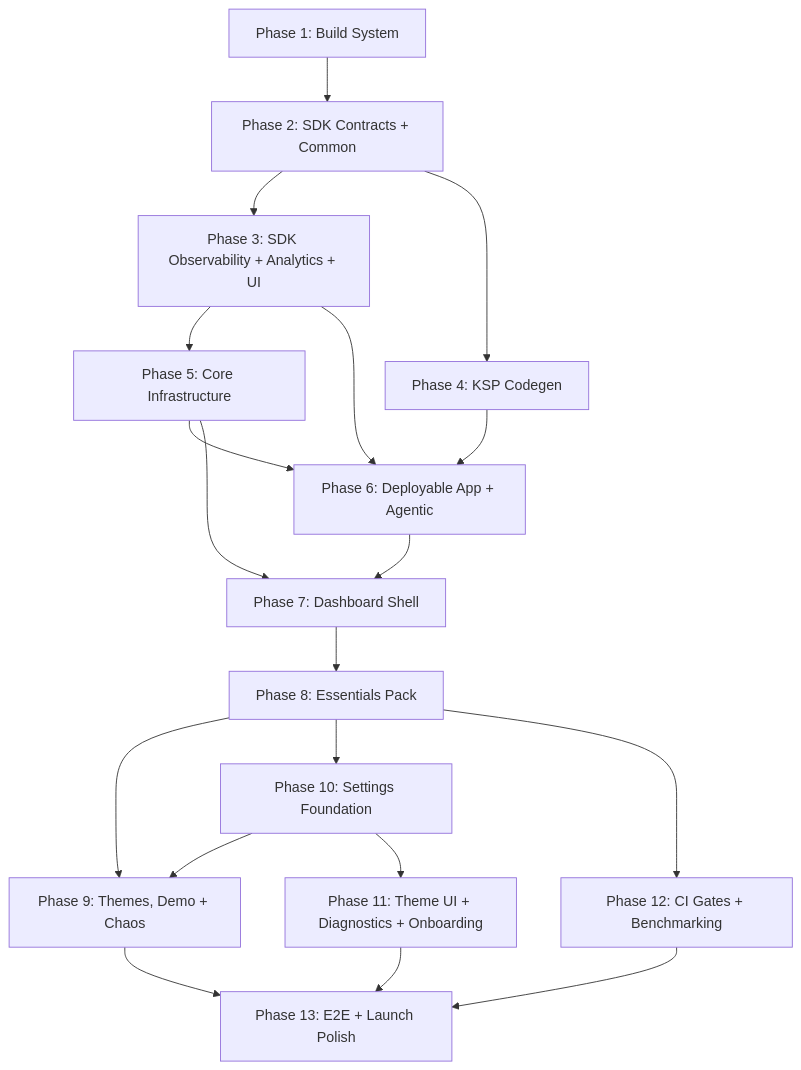
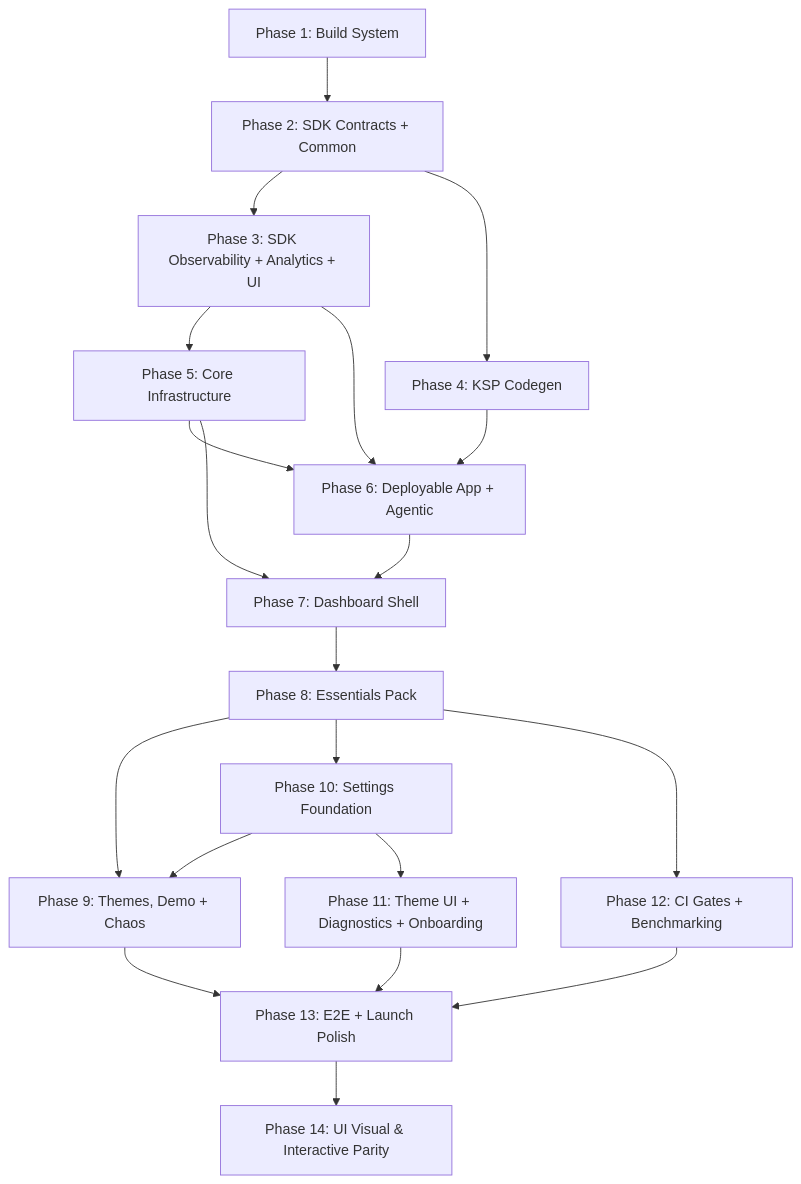
One commit to ohmgh/dqxn changed the diagram in .planning/ROADMAP.md. Above: the diagram before and after it, drawn with Mermaid. The commit also changed other lines of this file and 1 other file, not shown here.

Commit message:
docs(14): generate context for UI visual parity phase

````diff
--- a/.planning/ROADMAP.md
+++ b/.planning/ROADMAP.md
@@ -481,21 +503,22 @@
 ```mermaid
 graph TD
     P1[Phase 1: Build System] --> P2[Phase 2: SDK Contracts + Common]
     P2 --> P3[Phase 3: SDK Observability + Analytics + UI]
     P2 --> P4[Phase 4: KSP Codegen]
     P3 --> P5[Phase 5: Core Infrastructure]
     P3 --> P6[Phase 6: Deployable App + Agentic]
     P4 --> P6
     P5 --> P6
     P5 --> P7[Phase 7: Dashboard Shell]
     P6 --> P7
     P7 --> P8[Phase 8: Essentials Pack]
     P8 --> P9[Phase 9: Themes, Demo + Chaos]
     P8 --> P10[Phase 10: Settings Foundation]
     P8 --> P12[Phase 12: CI Gates + Benchmarking]
     P10 --> P9
     P10 --> P11[Phase 11: Theme UI + Diagnostics + Onboarding]
     P9 --> P13[Phase 13: E2E + Launch Polish]
     P11 --> P13
     P12 --> P13
+    P13 --> P14[Phase 14: UI Visual & Interactive Parity]
 ```
````
